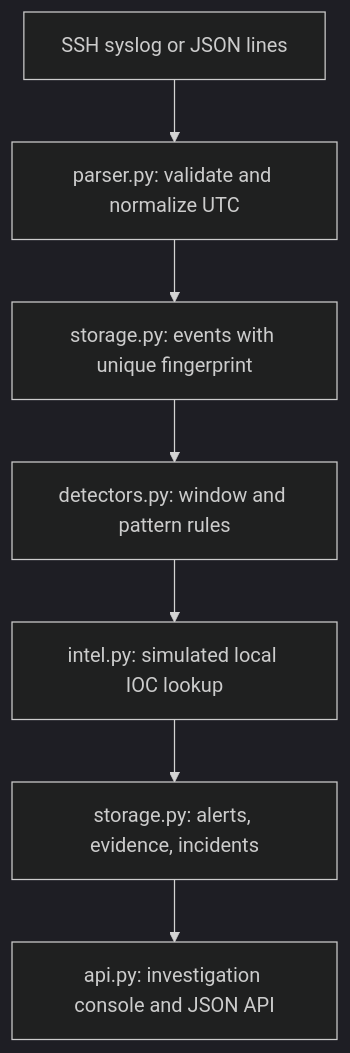
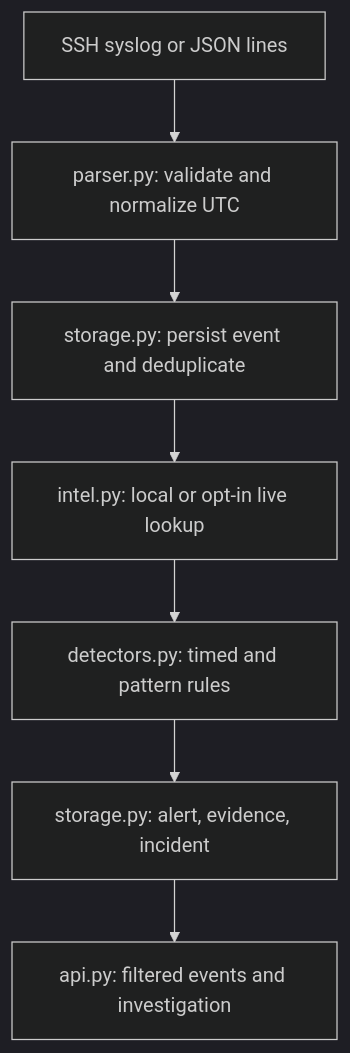
The diagram in README.md (khanakbhatia/mini-siem), drawn with Mermaid (dark theme) before and after one commit. The commit also changed other lines of this file and 10 other files, not shown here.

````diff
--- a/README.md
+++ b/README.md
@@ -24,9 +24,9 @@
 ```mermaid
 flowchart TD
     A[SSH syslog or JSON lines] --> B[parser.py: validate and normalize UTC]
-    B --> C[storage.py: events with unique fingerprint]
-    C --> D[detectors.py: window and pattern rules]
-    D --> E[intel.py: simulated local IOC lookup]
-    E --> F[storage.py: alerts, evidence, incidents]
-    F --> G[api.py: investigation console and JSON API]
+    B --> C[storage.py: persist event and deduplicate]
+    C --> D[intel.py: local or opt-in live lookup]
+    D --> E[detectors.py: timed and pattern rules]
+    E --> F[storage.py: alert, evidence, incident]
+    F --> G[api.py: filtered events and investigation]
 ```
````
